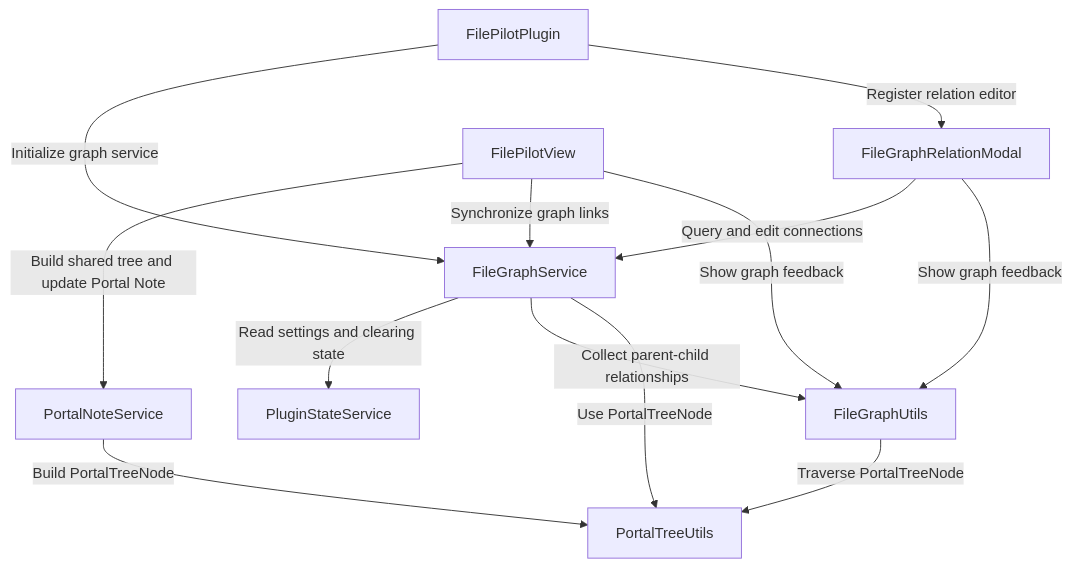
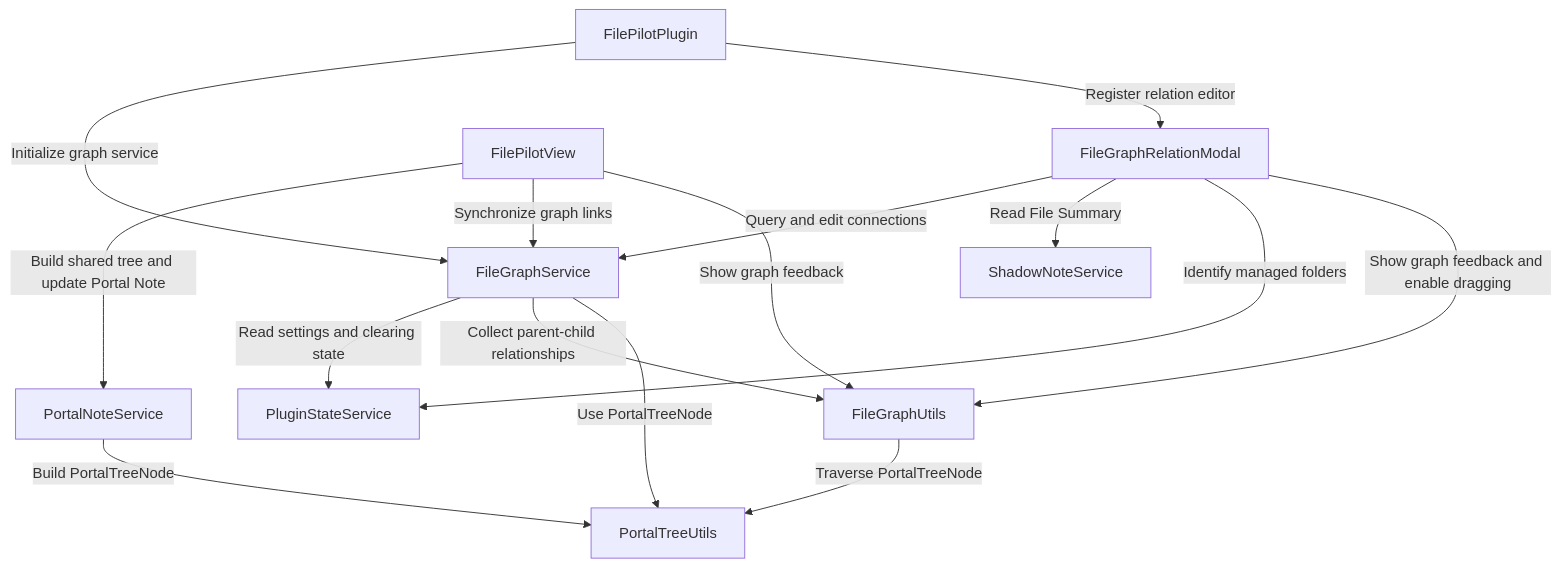
One commit to bdliangxy/file-pilot changed the third of 4 diagrams in docs/architecture.md. Above: the diagram before and after it, drawn with Mermaid. The commit also changed 9 other files, not shown here.

First line of the commit message:
feat(graph): enhance graph relation editor UI and interactions (#12)

````diff
--- a/docs/architecture.md
+++ b/docs/architecture.md
@@ -46,18 +46,20 @@
 ```mermaid
 flowchart TD
     Main["FilePilotPlugin"] -->|"Initialize graph service"| Graph["FileGraphService"]
     Main -->|"Register relation editor"| Modal["FileGraphRelationModal"]
 
     Modal -->|"Query and edit connections"| Graph
-    Modal -->|"Show graph feedback"| GraphUtils["FileGraphUtils"]
+    Modal -->|"Read File Summary"| Shadow["ShadowNoteService"]
+    Modal -->|"Identify managed folders"| State["PluginStateService"]
+    Modal -->|"Show graph feedback and enable dragging"| GraphUtils["FileGraphUtils"]
 
     View["FilePilotView"] -->|"Build shared tree and update Portal Note"| Portal["PortalNoteService"]
     View -->|"Synchronize graph links"| Graph
     View -->|"Show graph feedback"| GraphUtils
 
     Portal -->|"Build PortalTreeNode"| PortalTree["PortalTreeUtils"]
-    Graph -->|"Read settings and clearing state"| State["PluginStateService"]
+    Graph -->|"Read settings and clearing state"| State
     Graph -->|"Collect parent-child relationships"| GraphUtils
     Graph -->|"Use PortalTreeNode"| PortalTree
     GraphUtils -->|"Traverse PortalTreeNode"| PortalTree
 ```
````
